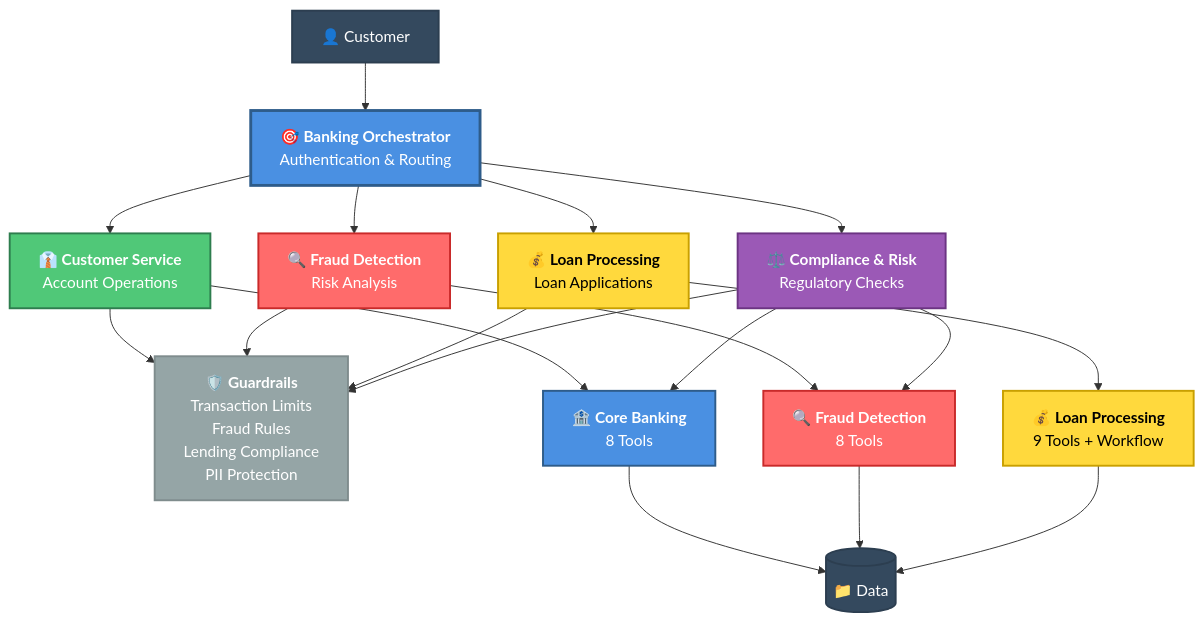
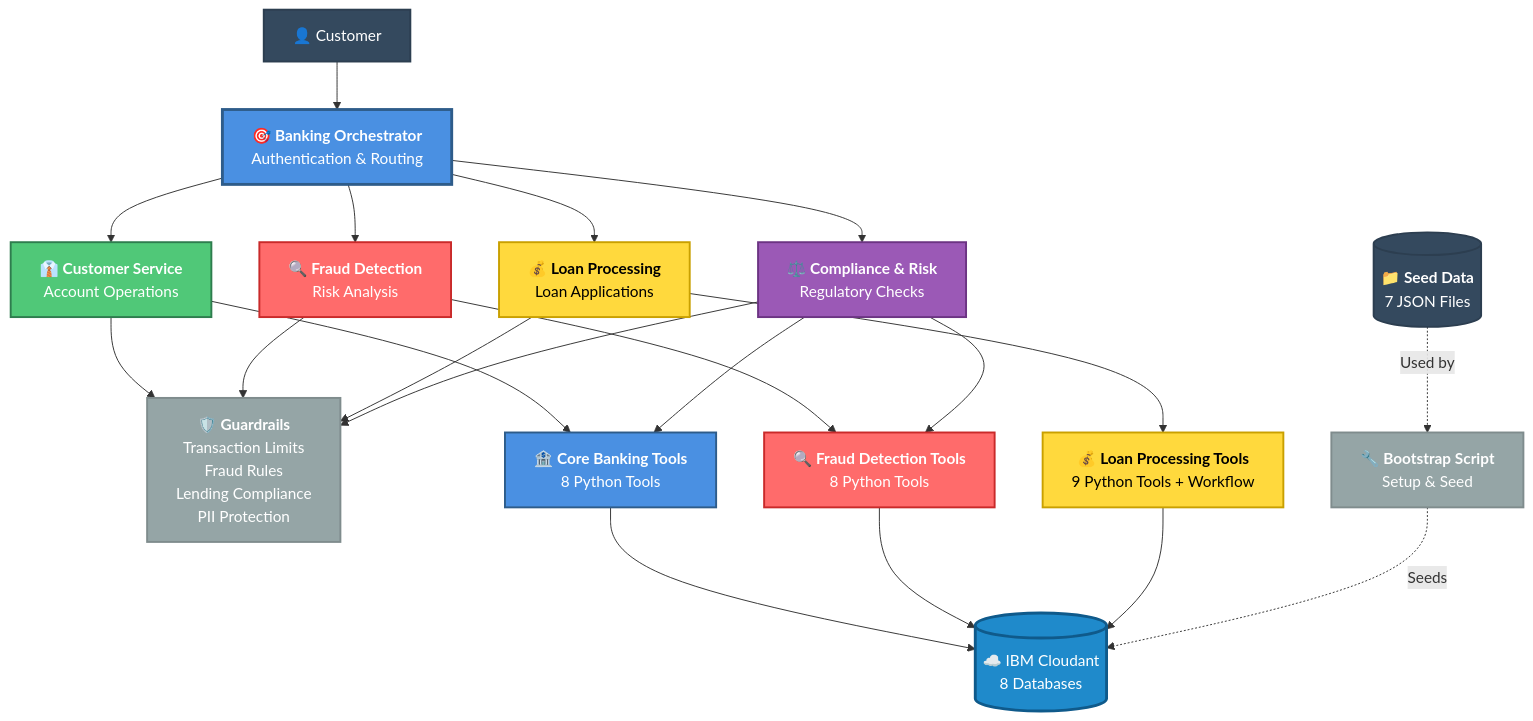
One commit to juseljuk/banking-demo-watsonx-orchestrate changed the diagram in ARCHITECTURE_DIAGRAM.md. Above: the diagram before and after it, drawn with Mermaid. The commit also changed other lines of this file and 1 other file, not shown here.

````diff
--- a/ARCHITECTURE_DIAGRAM.md
+++ b/ARCHITECTURE_DIAGRAM.md
@@ -7,53 +7,61 @@
 ```mermaid
 graph TB
     Customer[👤 Customer]
     
     Orchestrator[🎯 <b>Banking Orchestrator</b><br/>Authentication & Routing]
     
     CustomerService[👔 <b>Customer Service</b><br/>Account Operations]
     FraudDetection[🔍 <b>Fraud Detection</b><br/>Risk Analysis]
     LoanProcessing[💰 <b>Loan Processing</b><br/>Loan Applications]
     ComplianceRisk[⚖️ <b>Compliance & Risk</b><br/>Regulatory Checks]
     
     Guardrails[🛡️ <b>Guardrails</b><br/>Transaction Limits<br/>Fraud Rules<br/>Lending Compliance<br/>PII Protection]
     
-    CoreBanking[🏦 <b>Core Banking</b><br/>8 Tools]
-    FraudTools[🔍 <b>Fraud Detection</b><br/>8 Tools]
-    LoanTools[💰 <b>Loan Processing</b><br/>9 Tools + Workflow]
+    CoreBanking[🏦 <b>Core Banking Tools</b><br/>8 Python Tools]
+    FraudTools[🔍 <b>Fraud Detection Tools</b><br/>8 Python Tools]
+    LoanTools[💰 <b>Loan Processing Tools</b><br/>9 Python Tools + Workflow]
     
-    Data[(📁 Data)]
+    Cloudant[(☁️ IBM Cloudant<br/>8 Databases)]
+    
+    Bootstrap[🔧 <b>Bootstrap Script</b><br/>Setup & Seed]
+    DataFiles[(📁 <b>Seed Data</b><br/>7 JSON Files)]
     
     Customer --> Orchestrator
     
     Orchestrator --> CustomerService
     Orchestrator --> FraudDetection
     Orchestrator --> LoanProcessing
     Orchestrator --> ComplianceRisk
     
     CustomerService --> Guardrails
     FraudDetection --> Guardrails
     LoanProcessing --> Guardrails
     ComplianceRisk --> Guardrails
     
     CustomerService --> CoreBanking
     FraudDetection --> FraudTools
     LoanProcessing --> LoanTools
     ComplianceRisk --> CoreBanking
     ComplianceRisk --> FraudTools
     
-    CoreBanking --> Data
-    FraudTools --> Data
-    LoanTools --> Data
+    CoreBanking --> Cloudant
+    FraudTools --> Cloudant
+    LoanTools --> Cloudant
+    
+    Bootstrap -.->|Seeds| Cloudant
+    DataFiles -.->|Used by| Bootstrap
     
     style Orchestrator fill:#4A90E2,stroke:#2E5C8A,stroke-width:3px,color:#fff
     style CustomerService fill:#50C878,stroke:#2E7D4E,stroke-width:2px,color:#fff
     style FraudDetection fill:#FF6B6B,stroke:#C92A2A,stroke-width:2px,color:#fff
     style LoanProcessing fill:#FFD93D,stroke:#C9A000,stroke-width:2px,color:#000
     style ComplianceRisk fill:#9B59B6,stroke:#6C3483,stroke-width:2px,color:#fff
     style Guardrails fill:#95A5A6,stroke:#7F8C8D,stroke-width:2px,color:#fff
     style CoreBanking fill:#4A90E2,stroke:#2E5C8A,stroke-width:2px,color:#fff
     style FraudTools fill:#FF6B6B,stroke:#C92A2A,stroke-width:2px,color:#fff
     style LoanTools fill:#FFD93D,stroke:#C9A000,stroke-width:2px,color:#000
-    style Data fill:#34495E,stroke:#2C3E50,stroke-width:2px,color:#fff
+    style Cloudant fill:#1F8ACB,stroke:#0F5A8B,stroke-width:3px,color:#fff
+    style Bootstrap fill:#95A5A6,stroke:#7F8C8D,stroke-width:2px,color:#fff
+    style DataFiles fill:#34495E,stroke:#2C3E50,stroke-width:2px,color:#fff
     style Customer fill:#34495E,stroke:#2C3E50,stroke-width:2px,color:#fff
 ```
````
